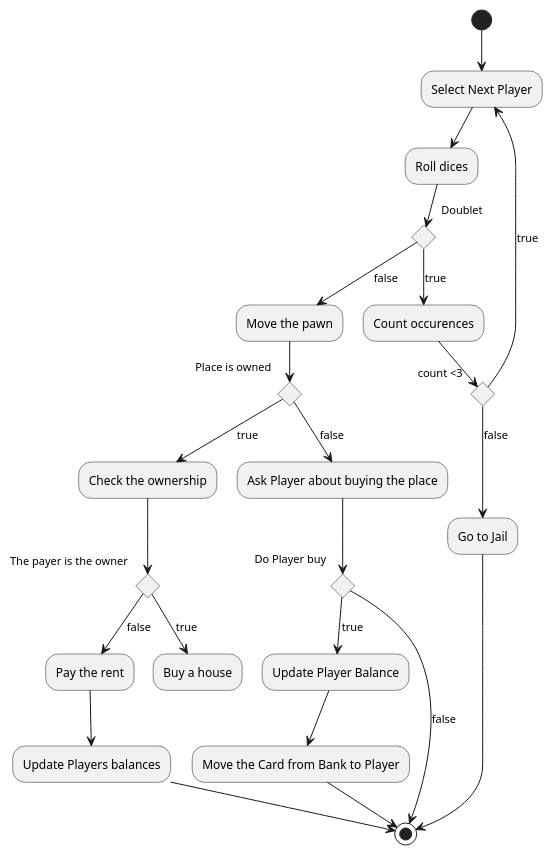
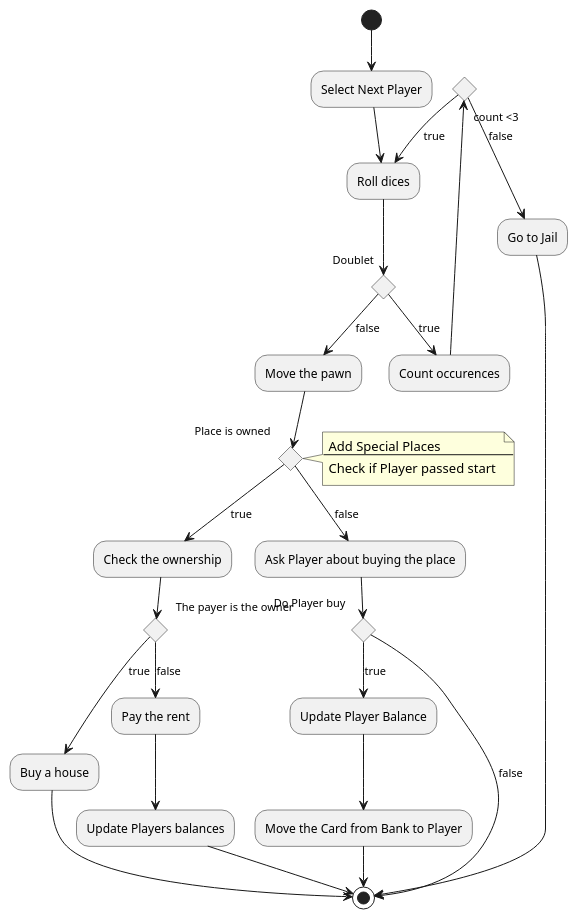
Before and after one commit to kpodlaski/ProjObj2019: the diagram in zaoczne/gr1/monopoly/activity_diagram_player_turn.plantuml, drawn with PlantUML. The commit also changed 1 other file, not shown here.

```diff
--- a/zaoczne/gr1/monopoly/activity_diagram_player_turn.plantuml
+++ b/zaoczne/gr1/monopoly/activity_diagram_player_turn.plantuml
@@ -1,38 +1,45 @@
 @startuml
 
 (*) --> "Select Next Player"
 --> "Roll dices"
 if "Doublet" then 
    --> [true] "Count occurences" as co
 else 
    --> [false] "Move the pawn"
 if "Place is owned" then 
+   note left
+        Add Special Places
+        ---
+        Check if Player passed start 
+   endnote
    --> [true] "Check the ownership" as chOwn
 else
    --> [false] "Ask Player about buying the place"
+
 if "Do Player buy" then 
    --> [true] "Update Player Balance" as upd
 else 
    --> [false] (*)
 
   
 
 "Pay the rent" --> "Update Players balances"
 --> (*)
 
 "Go to Jail" -->(*)
 
 upd --> "Move the Card from Bank to Player"
 --> (*)
 
 co --> if "count <3" then
-   --> [true] "Select Next Player"
+   --> [true] "Roll dices"
 else 
    --> [false] "Go to Jail"
 
 chOwn --> if "The payer is the owner" then 
    --> [true] "Buy a house"
    else 
    --> [false] "Pay the rent"
-   
+
+"Buy a house" -->(*)
 @enduml
```
